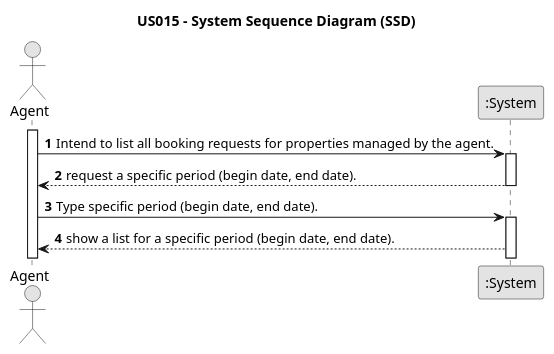
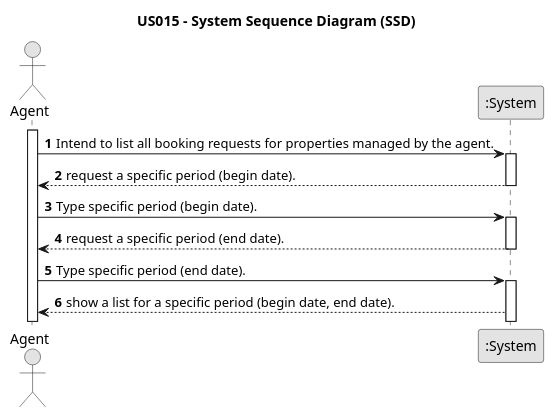
One commit to 1220812/LAPR2 changed the diagram in docs/sprintD/us015/01.requirements-engineering/puml/us015-system-sequence-diagram.puml. Above: the diagram before and after it, drawn with PlantUML. The commit also changed 7 other files, not shown here.

```diff
--- a/docs/sprintD/us015/01.requirements-engineering/puml/us015-system-sequence-diagram.puml
+++ b/docs/sprintD/us015/01.requirements-engineering/puml/us015-system-sequence-diagram.puml
@@ -1,30 +1,37 @@
 @startuml
 skinparam monochrome true
 skinparam packageStyle rectangle
 skinparam shadowing false
 
 title US015 - System Sequence Diagram (SSD)
 
 autonumber
 
 actor "Agent" as Agent
 participant ":System" as System
 
 activate Agent
 
 Agent -> System : Intend to list all booking requests for properties managed by the agent.
 activate System
 
-"System" --> Agent: request a specific period (begin date, end date).
+"System" --> Agent: request a specific period (begin date).
 
 deactivate System
 
-Agent -> System : Type specific period (begin date, end date).
+Agent -> System : Type specific period (begin date).
+activate System
+
+"System" --> Agent: request a specific period (end date).
+
+deactivate System
+
+Agent -> System : Type specific period (end date).
 activate System
 
 
 "System" --> Agent : show a list for a specific period (begin date, end date).
 
 
 
 @enduml
```
